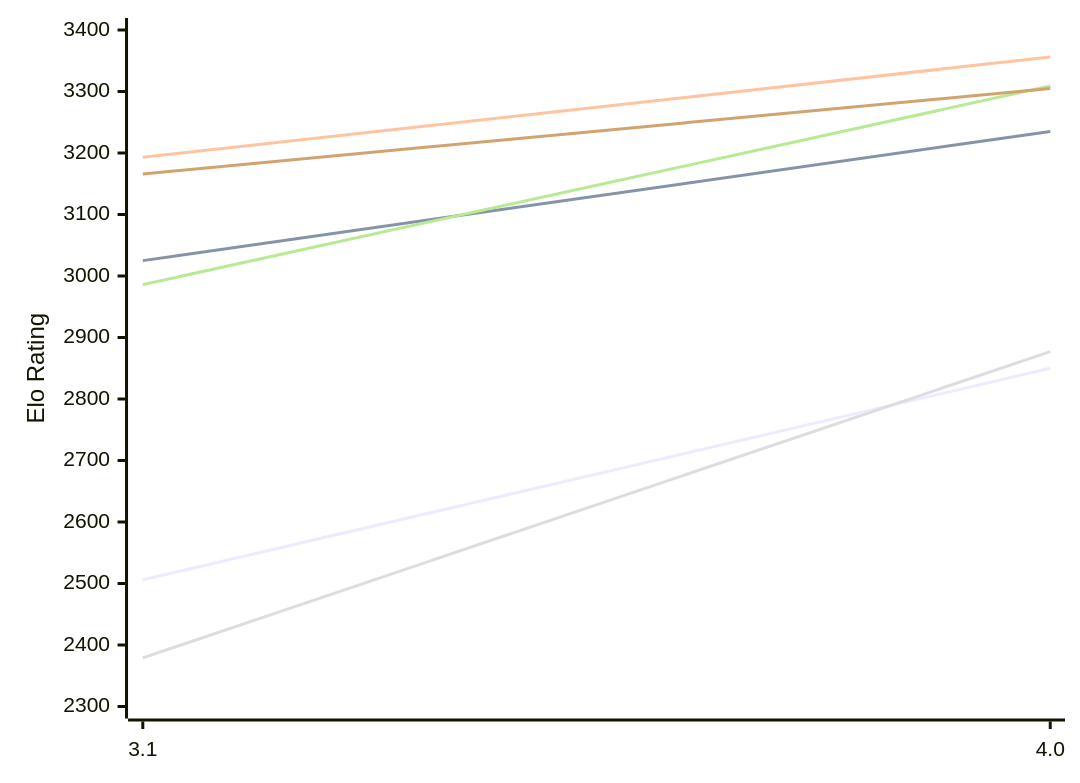
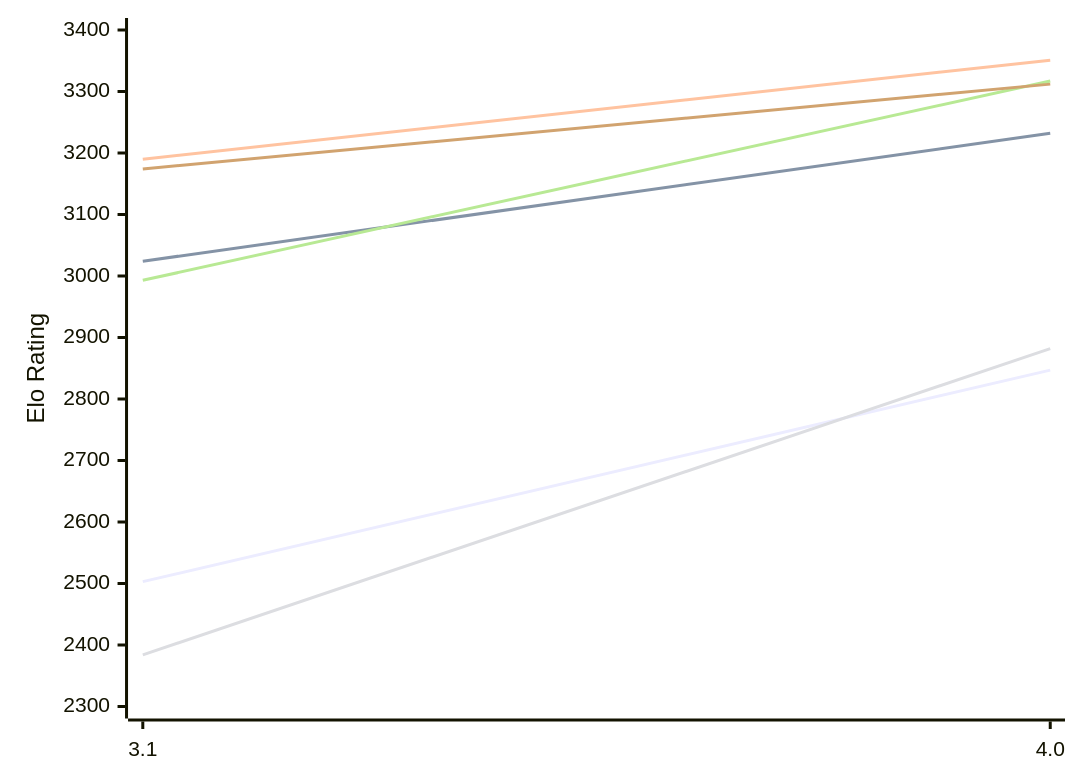
The first of 2 diagrams in engines/Sykora.md (computer-chess-index/cci), drawn with Mermaid before and after one commit. The commit also changed other lines of this file, not shown here.

Commit message:
Update CCI Ratings (ELO VLTC) - 2026-11-23

````diff
--- a/engines/Sykora.md
+++ b/engines/Sykora.md
@@ -53,12 +53,12 @@
 ```mermaid
 %%{init: {"theme":"base","themeVariables":{"seriesColors:['#a3a3a3','#222221','#faa371']}}}%%
 xychart-beta
   x-axis ["3.1", "4.0"]
   y-axis "Elo Rating" 2300 --> 3400
-  line "E1: STC (8.0+0.08s)" [2506, 2850]
-  line "E1: LTC (60.0+0.60s)" [3025, 3235]
-  line "E1: VLTC (2m24s+1.12s)" [3193, 3356]
-  line "P1: STC (8.0+0.08s)" [2379, 2877]
-  line "P1: LTC (60.0+0.60s)" [2986, 3309]
-  line "P1: VLTC (2m24s+1.12s)" [3166, 3305]
+  line "E1: STC (8.0+0.08s)" [2503, 2847]
+  line "E1: LTC (60.0+0.60s)" [3024, 3232]
+  line "E1: VLTC (2m24s+1.12s)" [3190, 3351]
+  line "P1: STC (8.0+0.08s)" [2384, 2882]
+  line "P1: LTC (60.0+0.60s)" [2993, 3317]
+  line "P1: VLTC (2m24s+1.12s)" [3174, 3312]
 ```
````
